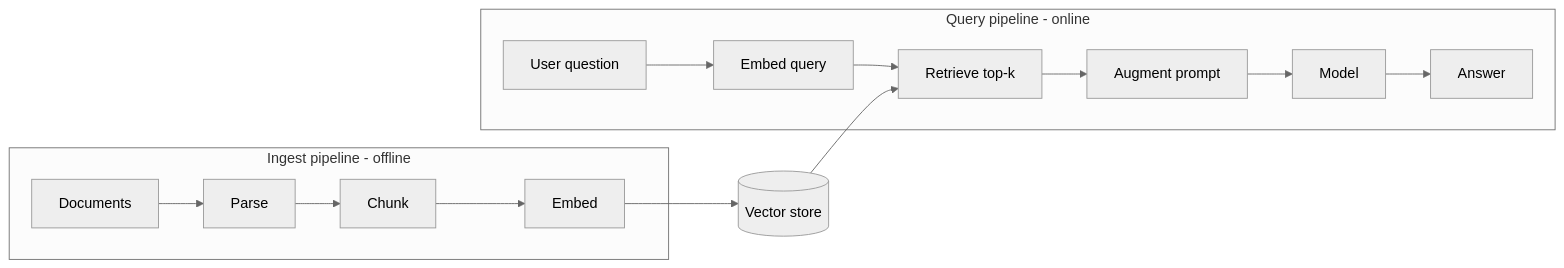
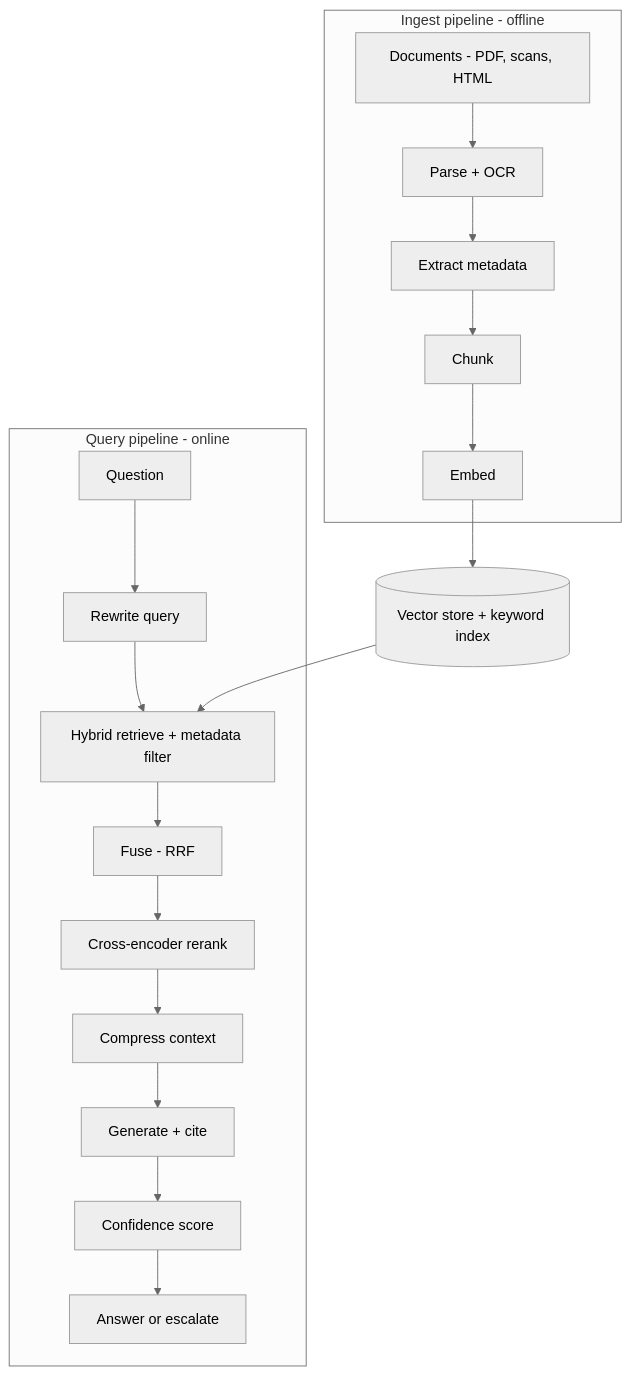
The diagram in content/en/building/building-rag.md (namphuongtran/ai-vault), drawn with Mermaid (neutral theme) before and after one commit. The commit also changed other lines of this file and 3 other files, not shown here.

````diff
--- a/content/en/building/building-rag.md
+++ b/content/en/building/building-rag.md
@@ -14,12 +16,14 @@
 ```mermaid
-flowchart LR
+flowchart TB
     subgraph Ingest[Ingest pipeline - offline]
-      Docs[Documents] --> Parse[Parse] --> Chunk[Chunk] --> Emb1[Embed]
+      D[Documents - PDF, scans, HTML] --> P[Parse + OCR] --> M[Extract metadata]
+      M --> C[Chunk] --> E1[Embed]
     end
-    Emb1 --> Vec[(Vector store)]
+    E1 --> V[(Vector store + keyword index)]
     subgraph Query[Query pipeline - online]
-      Q[User question] --> Emb2[Embed query] --> Ret[Retrieve top-k]
-      Ret --> Aug[Augment prompt] --> Model --> Ans[Answer]
+      Q[Question] --> QR[Rewrite query] --> R[Hybrid retrieve + metadata filter]
+      R --> F[Fuse - RRF] --> RR[Cross-encoder rerank] --> CC[Compress context]
+      CC --> G[Generate + cite] --> CF[Confidence score] --> A[Answer or escalate]
     end
-    Vec --> Ret
+    V --> R
 ```
````
